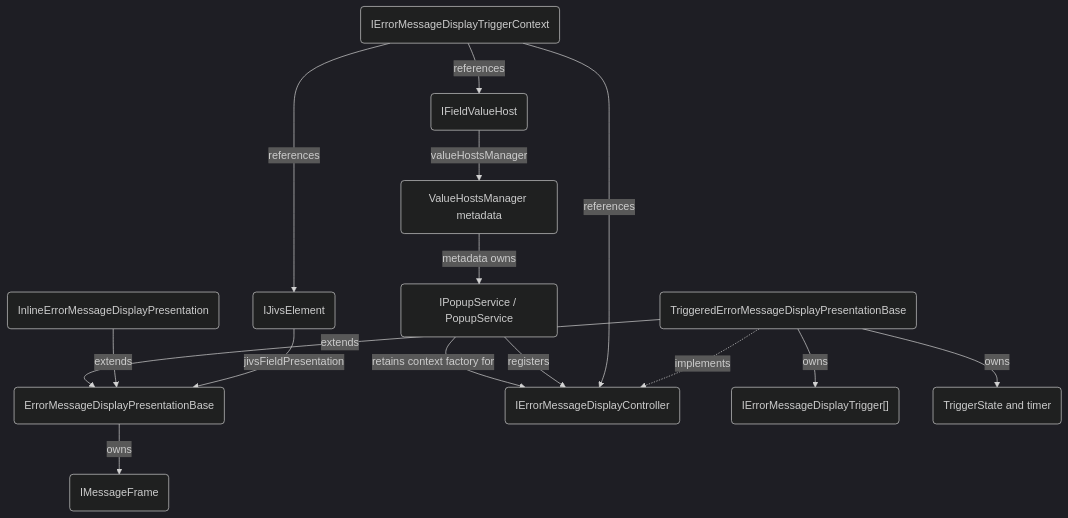
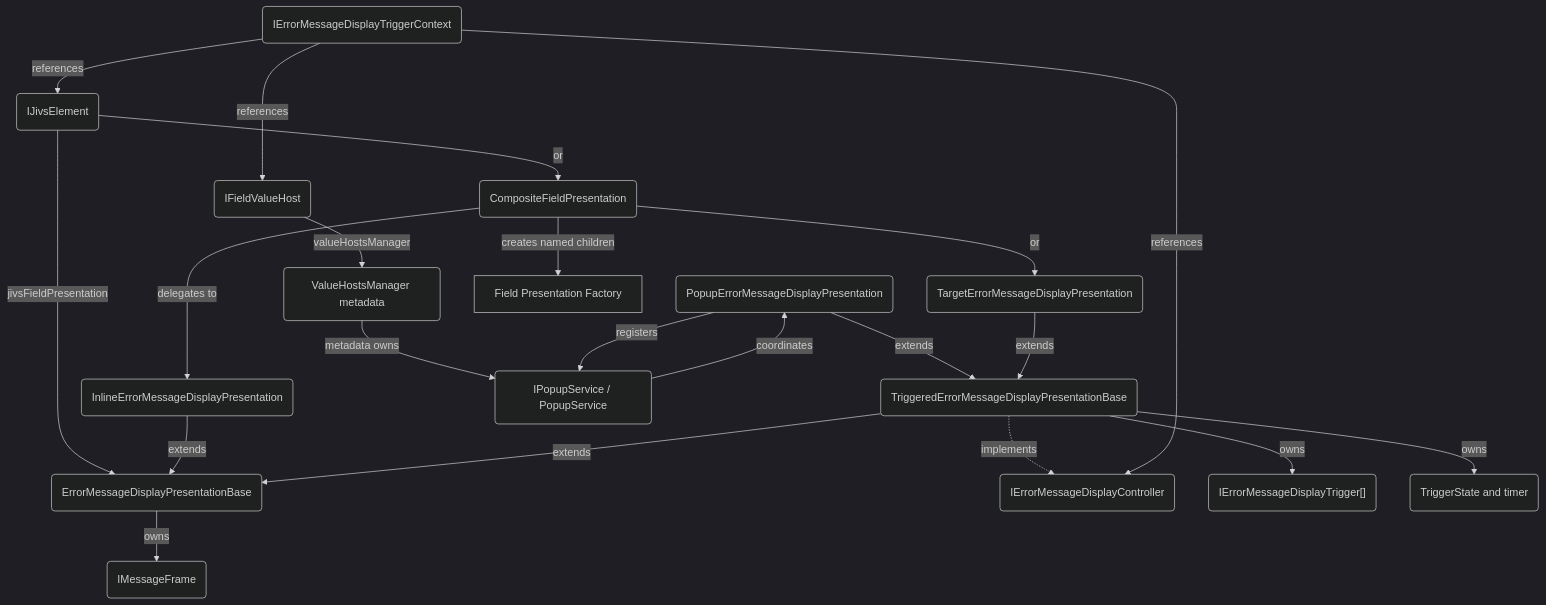
The ninth of 14 diagrams in planning/Jivs-DOM_Implementation_Design.md (plblum/jivs), drawn with Mermaid (dark theme) before and after one commit. The commit also changed other lines of this file and 16 other files, not shown here.

First line of the commit message:
Add unit tests for CompositeFieldPresentation and TargetErrorMessageDisplayPresentation

````diff
--- a/planning/Jivs-DOM_Implementation_Design.md
+++ b/planning/Jivs-DOM_Implementation_Design.md
@@ -2291,34 +2296,43 @@
 ```mermaid
 flowchart TB
     ANCHOR("IJivsElement")
     BASE("ErrorMessageDisplayPresentationBase")
     INLINE("InlineErrorMessageDisplayPresentation")
     TRIGGERED("TriggeredErrorMessageDisplayPresentationBase")
+    POPUP("PopupErrorMessageDisplayPresentation")
+    TARGET("TargetErrorMessageDisplayPresentation")
+    COMPOSITE("CompositeFieldPresentation")
     FRAME("IMessageFrame")
 
     CONTROLLER("IErrorMessageDisplayController")
     TRIGGERS("IErrorMessageDisplayTrigger[]")
     CONTEXT("IErrorMessageDisplayTriggerContext")
     STATE("TriggerState and timer")
 
     VALUE_HOST("IFieldValueHost")
     MANAGER("ValueHostsManager metadata")
     POPUP_SERVICE("IPopupService / PopupService")
 
     ANCHOR -->|"jivsFieldPresentation"| BASE
+    ANCHOR -->|"or"| COMPOSITE
     INLINE -->|"extends"| BASE
     TRIGGERED -->|"extends"| BASE
+    POPUP -->|"extends"| TRIGGERED
+    TARGET -->|"extends"| TRIGGERED
     BASE -->|"owns"| FRAME
+    COMPOSITE -->|"creates named children"| FACTORY["Field Presentation Factory"]
+    COMPOSITE -->|"delegates to"| INLINE
+    COMPOSITE -->|"or"| TARGET
 
     TRIGGERED -.->|"implements"| CONTROLLER
     TRIGGERED -->|"owns"| TRIGGERS
     TRIGGERED -->|"owns"| STATE
     CONTEXT -->|"references"| CONTROLLER
     CONTEXT -->|"references"| ANCHOR
     CONTEXT -->|"references"| VALUE_HOST
 
     VALUE_HOST -->|"valueHostsManager"| MANAGER
     MANAGER -->|"metadata owns"| POPUP_SERVICE
-    POPUP_SERVICE -->|"registers"| CONTROLLER
-    POPUP_SERVICE -->|"retains context factory for"| CONTROLLER
+    POPUP -->|"registers"| POPUP_SERVICE
+    POPUP_SERVICE -->|"coordinates"| POPUP
 ```
````
